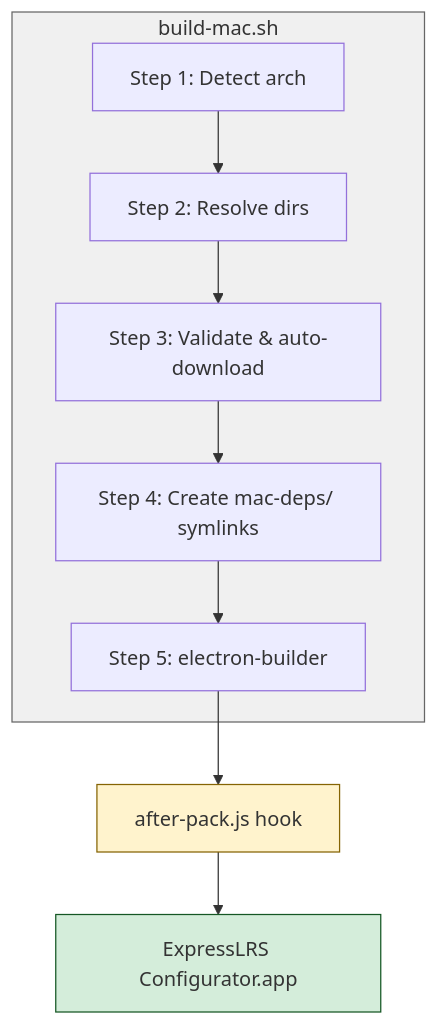
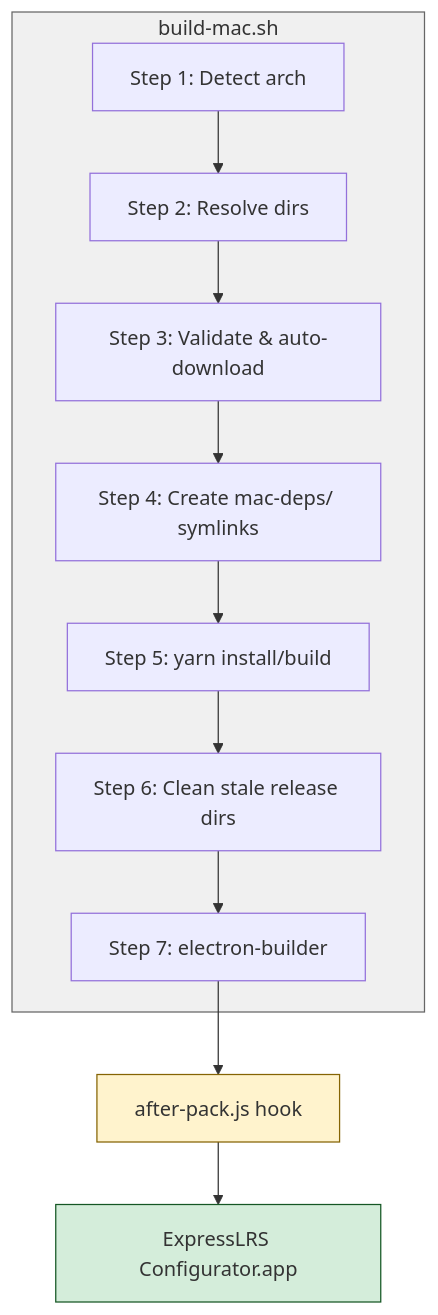
The diagram in dependencies/BUILD-MAC.md (ExpressLRS/ExpressLRS-Configurator), drawn with Mermaid before and after one commit. The commit also changed other lines of this file, not shown here.

Commit message:
docs: sync BUILD-MAC.md with build-mac.sh changes

````diff
--- a/dependencies/BUILD-MAC.md
+++ b/dependencies/BUILD-MAC.md
@@ -23,16 +23,18 @@
 ```mermaid
 flowchart TD
     subgraph buildmac["build-mac.sh"]
         S1["Step 1: Detect arch"] --> S2["Step 2: Resolve dirs"]
         S2 --> S3["Step 3: Validate & auto-download"]
         S3 --> S4["Step 4: Create mac-deps/ symlinks"]
-        S4 --> S5["Step 5: electron-builder"]
+        S4 --> S5["Step 5: yarn install/build"]
+        S5 --> S6["Step 6: Clean stale release dirs"]
+        S6 --> S7["Step 7: electron-builder"]
     end
 
-    S5 --> AP["after-pack.js hook"]
+    S7 --> AP["after-pack.js hook"]
     AP --> App["ExpressLRS Configurator.app"]
 
     style buildmac fill:#f0f0f0,stroke:#666
     style AP fill:#fff3cd,stroke:#856404
     style App fill:#d4edda,stroke:#155724
 ```
````
